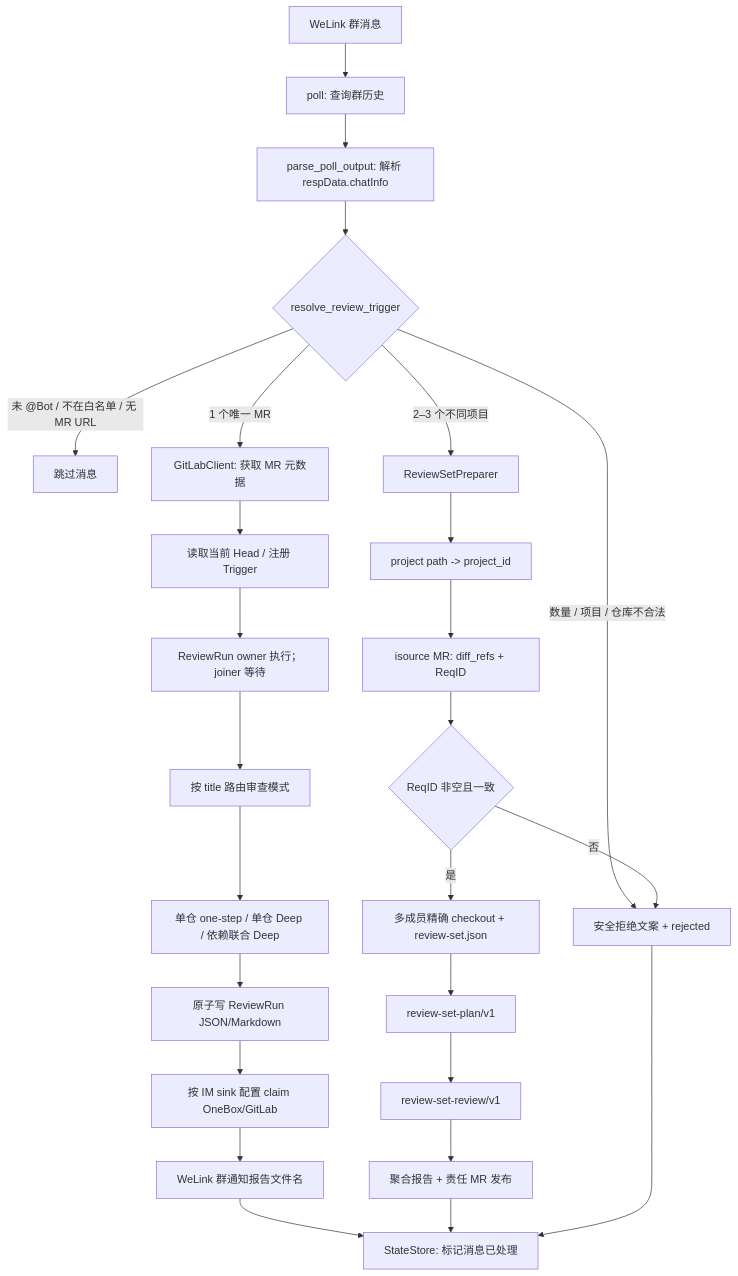
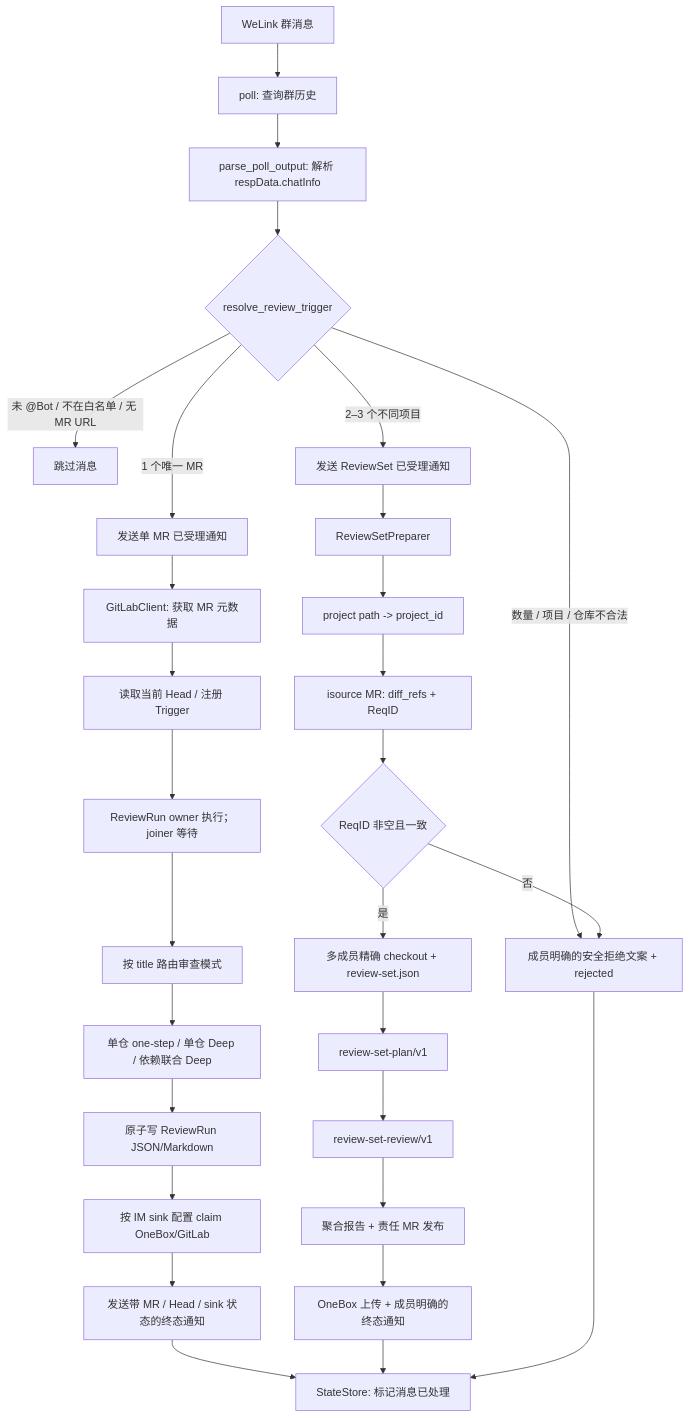
The second of 3 diagrams in docs/DESIGN.md (Faye-663/code-mr-reviewer), drawn with Mermaid before and after one commit. The commit also changed other lines of this file and 10 other files, not shown here.

````diff
--- a/docs/DESIGN.md
+++ b/docs/DESIGN.md
@@ -43,28 +43,31 @@
 ```mermaid
 flowchart TD
     A["WeLink 群消息"] --> B["poll: 查询群历史"]
     B --> C["parse_poll_output: 解析 respData.chatInfo"]
     C --> D{"resolve_review_trigger"}
     D -- "未 @Bot / 不在白名单 / 无 MR URL" --> E["跳过消息"]
-    D -- "1 个唯一 MR" --> F["GitLabClient: 获取 MR 元数据"]
-    D -- "2–3 个不同项目" --> R["ReviewSetPreparer"]
-    D -- "数量 / 项目 / 仓库不合法" --> X["安全拒绝文案 + rejected"]
+    D -- "1 个唯一 MR" --> A1["发送单 MR 已受理通知"]
+    A1 --> F["GitLabClient: 获取 MR 元数据"]
+    D -- "2–3 个不同项目" --> A2["发送 ReviewSet 已受理通知"]
+    A2 --> R["ReviewSetPreparer"]
+    D -- "数量 / 项目 / 仓库不合法" --> X["成员明确的安全拒绝文案 + rejected"]
     F --> F2["读取当前 Head / 注册 Trigger"]
     F2 --> G["ReviewRun owner 执行；joiner 等待"]
     G --> H["按 title 路由审查模式"]
     H --> H2["单仓 one-step / 单仓 Deep / 依赖联合 Deep"]
     H2 --> I["原子写 ReviewRun JSON/Markdown"]
     I --> J["按 IM sink 配置 claim OneBox/GitLab"]
-    J --> K["WeLink 群通知报告文件名"]
+    J --> K["发送带 MR / Head / sink 状态的终态通知"]
     K --> L["StateStore: 标记消息已处理"]
     R --> R2["project path -> project_id"]
     R2 --> R3["isource MR: diff_refs + ReqID"]
     R3 --> R4{"ReqID 非空且一致"}
     R4 -- "否" --> X
     R4 -- "是" --> R5["多成员精确 checkout + review-set.json"]
     R5 --> R6["review-set-plan/v1"]
     R6 --> R7["review-set-review/v1"]
     R7 --> R8["聚合报告 + 责任 MR 发布"]
-    R8 --> L
+    R8 --> R9["OneBox 上传 + 成员明确的终态通知"]
+    R9 --> L
     X --> L
 ```
````
